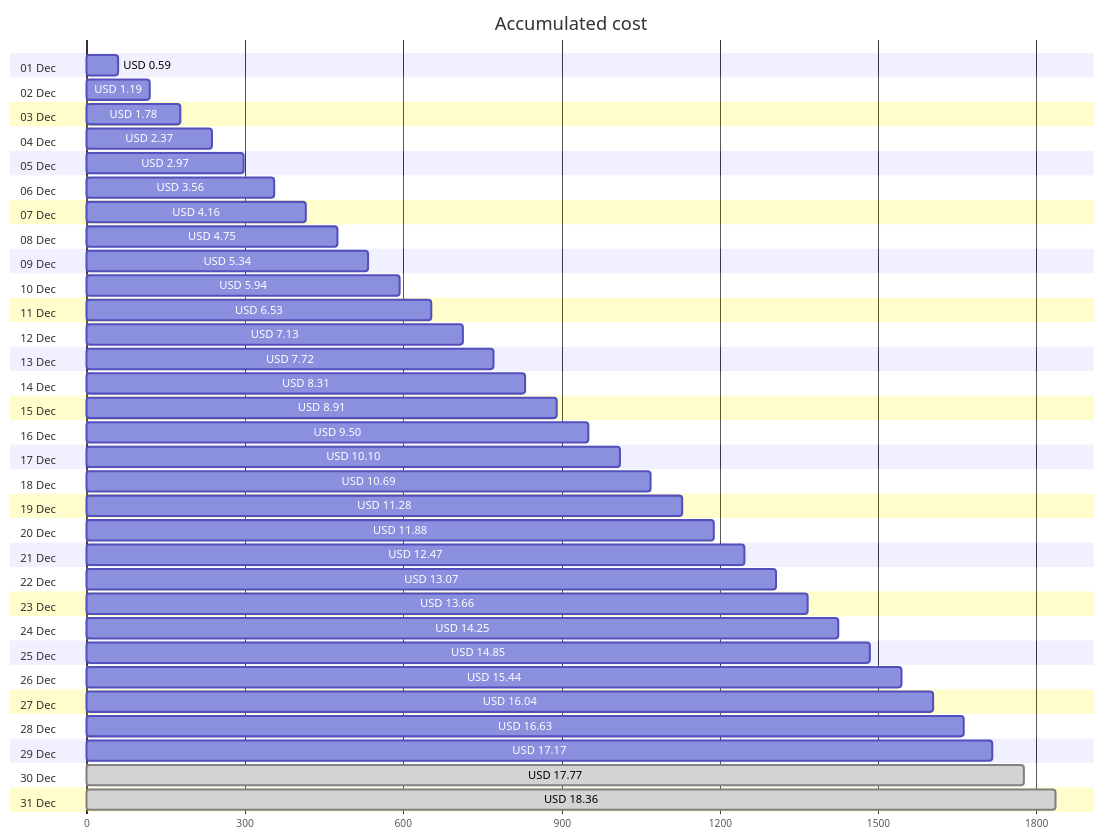
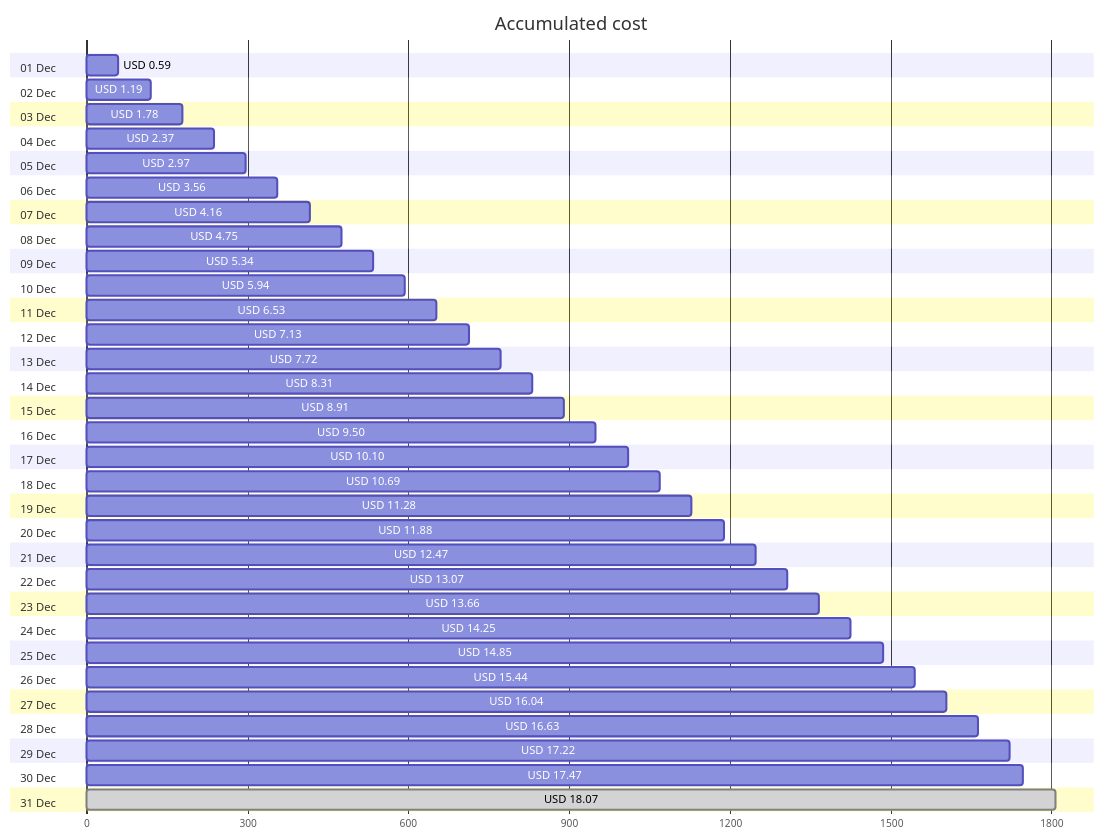
The first of 4 diagrams in cost-reports/personal-site/README.md (jpfulton/azure-personal-reports), drawn with Mermaid before and after one commit. The commit also changed other lines of this file and 6 other files, not shown here.

````diff
--- a/cost-reports/personal-site/README.md
+++ b/cost-reports/personal-site/README.md
@@ -20,68 +20,68 @@
 ```mermaid
 gantt
    title Accumulated cost
    dateFormat  X
    axisFormat %s
    section 01 Dec
    USD 0.59 :0, 59
    section 02 Dec
    USD 1.19 :0, 119
    section 03 Dec
    USD 1.78 :0, 178
    section 04 Dec
    USD 2.37 :0, 237
    section 05 Dec
    USD 2.97 :0, 297
    section 06 Dec
    USD 3.56 :0, 356
    section 07 Dec
    USD 4.16 :0, 416
    section 08 Dec
    USD 4.75 :0, 475
    section 09 Dec
    USD 5.34 :0, 534
    section 10 Dec
    USD 5.94 :0, 594
    section 11 Dec
    USD 6.53 :0, 653
    section 12 Dec
    USD 7.13 :0, 713
    section 13 Dec
    USD 7.72 :0, 772
    section 14 Dec
    USD 8.31 :0, 831
    section 15 Dec
    USD 8.91 :0, 891
    section 16 Dec
    USD 9.50 :0, 950
    section 17 Dec
    USD 10.10 :0, 1010
    section 18 Dec
    USD 10.69 :0, 1069
    section 19 Dec
    USD 11.28 :0, 1128
    section 20 Dec
    USD 11.88 :0, 1188
    section 21 Dec
    USD 12.47 :0, 1247
    section 22 Dec
    USD 13.07 :0, 1307
    section 23 Dec
    USD 13.66 :0, 1366
    section 24 Dec
    USD 14.25 :0, 1425
    section 25 Dec
    USD 14.85 :0, 1485
    section 26 Dec
    USD 15.44 :0, 1544
    section 27 Dec
    USD 16.04 :0, 1604
    section 28 Dec
    USD 16.63 :0, 1663
    section 29 Dec
-   USD 17.17 :0, 1717
+   USD 17.22 :0, 1722
    section 30 Dec
-   USD 17.77 : done, 0, 1777
+   USD 17.47 :0, 1747
    section 31 Dec
-   USD 18.36 : done, 0, 1836
+   USD 18.07 : done, 0, 1807
 ```
````
